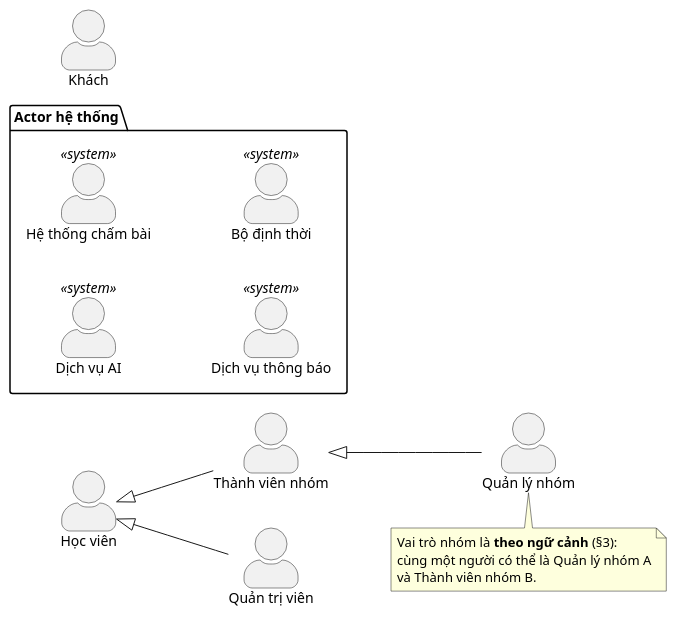
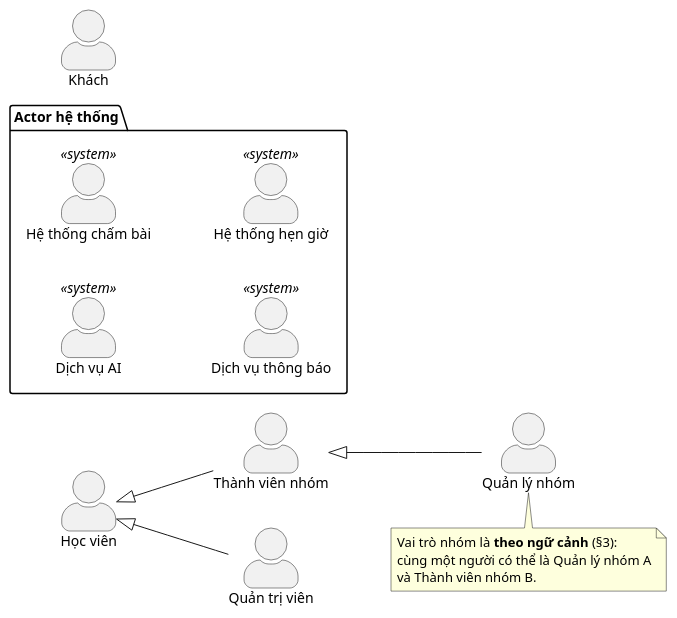
The diagram in docs/06-actors.md (codementor-official/codementor-infra), drawn with PlantUML before and after one commit. The commit also changed other lines of this file and 6 other files, not shown here.

Commit message:
Update diagram dimensions and positions in p9-scheduled.svg for improved layout and readability

````diff
--- a/docs/06-actors.md
+++ b/docs/06-actors.md
@@ -36,29 +36,29 @@
 ```plantuml
 @startuml actor-hierarchy
 skinparam actorStyle awesome
 left to right direction
 
 actor "Khách" as Guest
 actor "Học viên" as Learner
 actor "Thành viên nhóm" as GMember
 actor "Quản lý nhóm" as GManager
 actor "Quản trị viên" as Admin
 
 Learner <|-- GMember
 GMember <|-- GManager
 Learner <|-- Admin
 
 package "Actor hệ thống" {
   actor "Dịch vụ AI" as AI <<system>>
   actor "Hệ thống chấm bài" as Judge <<system>>
   actor "Dịch vụ thông báo" as Notify <<system>>
-  actor "Bộ định thời" as Timer <<system>>
+  actor "Hệ thống hẹn giờ" as Timer <<system>>
 }
 
 note bottom of GManager
   Vai trò nhóm là **theo ngữ cảnh** (§3):
   cùng một người có thể là Quản lý nhóm A
   và Thành viên nhóm B.
 end note
 @enduml
 ```
````
